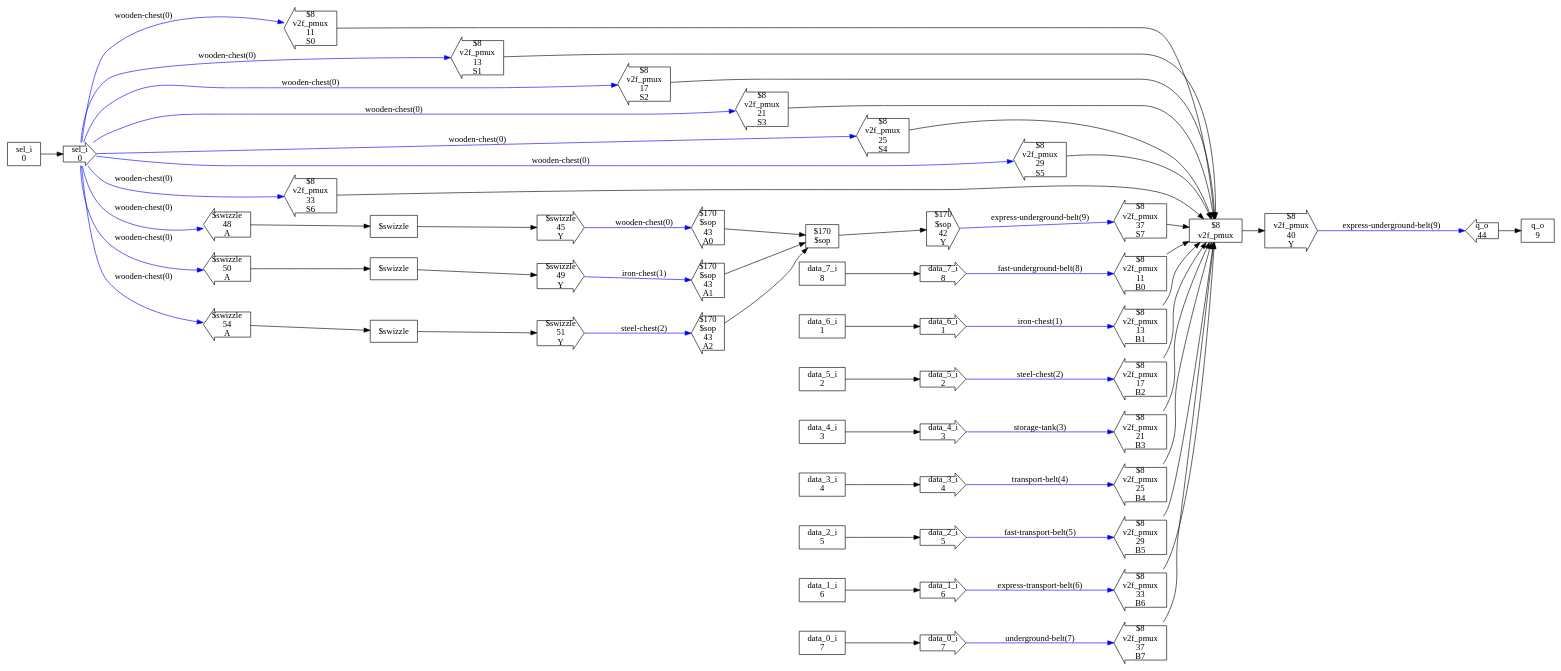
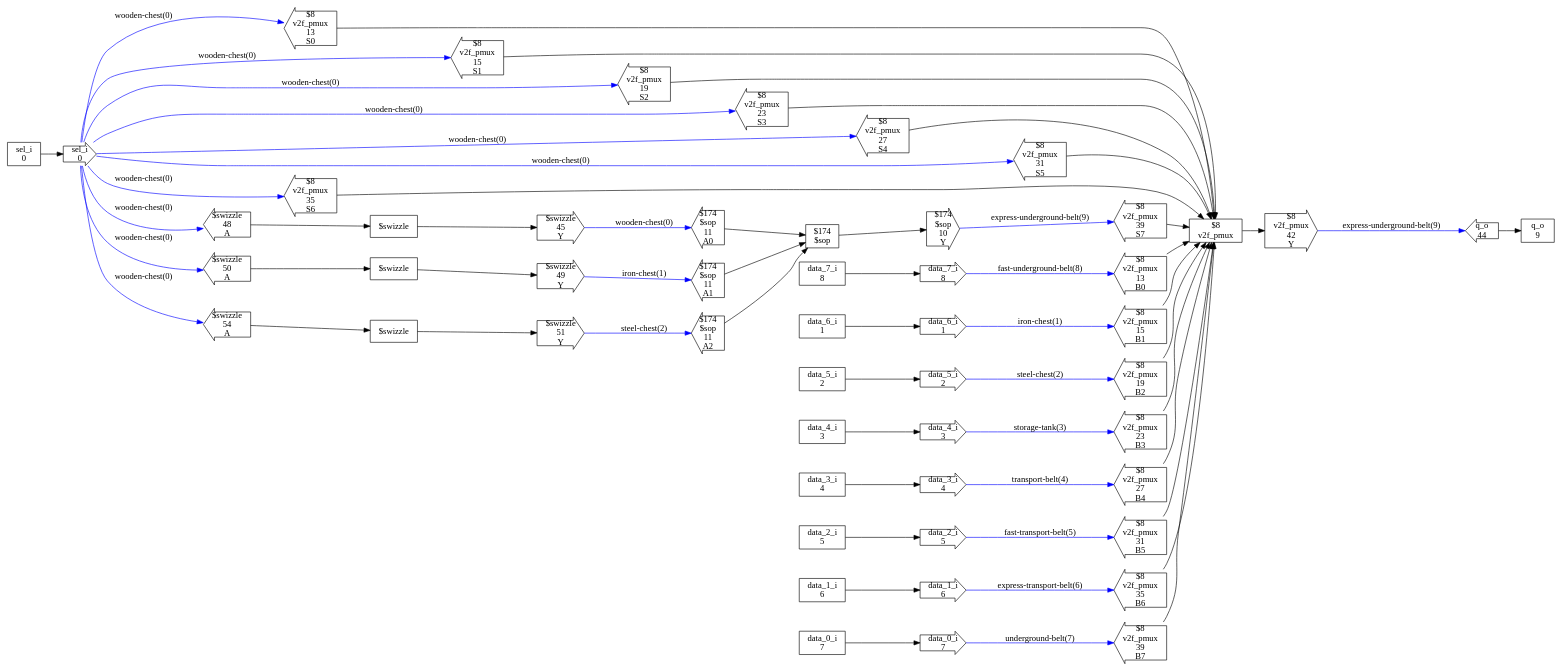
One commit to ben-j-c/verilog2factorio changed the diagram in test_designs/pmux/checked_design.dot. Above: the diagram before and after it, drawn with Graphviz. The commit also changed 41 other files, not shown here.

```diff
--- a/test_designs/pmux/checked_design.dot
+++ b/test_designs/pmux/checked_design.dot
@@ -20,10 +20,10 @@
 8"]
   n9[shape=box,label="q_o
 9"]
-  n13[shape=box,label="$8
+  n12[shape=box,label="$174
+$sop"]
+  n14[shape=box,label="$8
 v2f_pmux"]
-  n14[shape=box,label="$170
-$sop"]
   n19[shape=rarrow,label="sel_i
 0"]
   n20[shape=rarrow,label="data_6_i
@@ -44,109 +44,109 @@
 8"]
   n28[shape=larrow,label="q_o
 44"]
-  n38[shape=larrow,label="$8
-v2f_pmux
+  n35[shape=larrow,label="$174
+$sop
 11
-B0"]
-  n39[shape=larrow,label="$8
+A0"]
+  n36[shape=larrow,label="$174
+$sop
+11
+A1"]
+  n37[shape=larrow,label="$174
+$sop
+11
+A2"]
+  n38[shape=rarrow,label="$174
+$sop
+10
+Y"]
+  n42[shape=larrow,label="$8
 v2f_pmux
 13
-B1"]
-  n40[shape=larrow,label="$8
-v2f_pmux
-17
-B2"]
-  n41[shape=larrow,label="$8
-v2f_pmux
-21
-B3"]
-  n42[shape=larrow,label="$8
-v2f_pmux
-25
-B4"]
+B0"]
   n43[shape=larrow,label="$8
 v2f_pmux
-29
-B5"]
+15
+B1"]
   n44[shape=larrow,label="$8
 v2f_pmux
-33
-B6"]
+19
+B2"]
   n45[shape=larrow,label="$8
 v2f_pmux
-37
-B7"]
+23
+B3"]
   n46[shape=larrow,label="$8
 v2f_pmux
-11
-S0"]
+27
+B4"]
   n47[shape=larrow,label="$8
 v2f_pmux
-13
-S1"]
+31
+B5"]
   n48[shape=larrow,label="$8
 v2f_pmux
-17
-S2"]
+35
+B6"]
   n49[shape=larrow,label="$8
 v2f_pmux
-21
-S3"]
+39
+B7"]
   n50[shape=larrow,label="$8
 v2f_pmux
-25
-S4"]
+13
+S0"]
   n51[shape=larrow,label="$8
 v2f_pmux
-29
-S5"]
+15
+S1"]
   n52[shape=larrow,label="$8
 v2f_pmux
-33
-S6"]
+19
+S2"]
   n53[shape=larrow,label="$8
 v2f_pmux
-37
+23
+S3"]
+  n54[shape=larrow,label="$8
+v2f_pmux
+27
+S4"]
+  n55[shape=larrow,label="$8
+v2f_pmux
+31
+S5"]
+  n56[shape=larrow,label="$8
+v2f_pmux
+35
+S6"]
+  n57[shape=larrow,label="$8
+v2f_pmux
+39
 S7"]
-  n54[shape=rarrow,label="$8
+  n58[shape=rarrow,label="$8
 v2f_pmux
-40
-Y"]
-  n55[shape=larrow,label="$170
-$sop
-43
-A0"]
-  n56[shape=larrow,label="$170
-$sop
-43
-A1"]
-  n57[shape=larrow,label="$170
-$sop
-43
-A2"]
-  n58[shape=rarrow,label="$170
-$sop
 42
 Y"]
-  n77[shape=box,label="$swizzle"]
-  n78[shape=rarrow,label="$swizzle
+  n75[shape=box,label="$swizzle"]
+  n76[shape=rarrow,label="$swizzle
 45
 Y"]
-  n79[shape=larrow,label="$swizzle
+  n77[shape=larrow,label="$swizzle
 48
 A"]
-  n80[shape=box,label="$swizzle"]
-  n81[shape=rarrow,label="$swizzle
+  n78[shape=box,label="$swizzle"]
+  n79[shape=rarrow,label="$swizzle
 49
 Y"]
-  n82[shape=larrow,label="$swizzle
+  n80[shape=larrow,label="$swizzle
 50
 A"]
-  n83[shape=box,label="$swizzle"]
-  n84[shape=rarrow,label="$swizzle
+  n81[shape=box,label="$swizzle"]
+  n82[shape=rarrow,label="$swizzle
 51
 Y"]
-  n85[shape=larrow,label="$swizzle
+  n83[shape=larrow,label="$swizzle
 54
 A"]
   n0 -> n19
@@ -158,55 +158,55 @@
   n6 -> n25
   n7 -> n26
   n8 -> n27
-  n13 -> n54
+  n12 -> n38
   n14 -> n58
-  n19 -> n79 [label="wooden-chest(0)",syle=bold,color=blue]
-  n19 -> n82 [label="wooden-chest(0)",syle=bold,color=blue]
-  n19 -> n85 [label="wooden-chest(0)",syle=bold,color=blue]
-  n19 -> n46 [label="wooden-chest(0)",syle=bold,color=blue]
-  n19 -> n47 [label="wooden-chest(0)",syle=bold,color=blue]
-  n19 -> n48 [label="wooden-chest(0)",syle=bold,color=blue]
-  n19 -> n49 [label="wooden-chest(0)",syle=bold,color=blue]
+  n19 -> n77 [label="wooden-chest(0)",syle=bold,color=blue]
+  n19 -> n80 [label="wooden-chest(0)",syle=bold,color=blue]
+  n19 -> n83 [label="wooden-chest(0)",syle=bold,color=blue]
   n19 -> n50 [label="wooden-chest(0)",syle=bold,color=blue]
   n19 -> n51 [label="wooden-chest(0)",syle=bold,color=blue]
   n19 -> n52 [label="wooden-chest(0)",syle=bold,color=blue]
-  n20 -> n39 [label="iron-chest(1)",syle=bold,color=blue]
-  n21 -> n40 [label="steel-chest(2)",syle=bold,color=blue]
-  n22 -> n41 [label="storage-tank(3)",syle=bold,color=blue]
-  n23 -> n42 [label="transport-belt(4)",syle=bold,color=blue]
-  n24 -> n43 [label="fast-transport-belt(5)",syle=bold,color=blue]
-  n25 -> n44 [label="express-transport-belt(6)",syle=bold,color=blue]
-  n26 -> n45 [label="underground-belt(7)",syle=bold,color=blue]
-  n27 -> n38 [label="fast-underground-belt(8)",syle=bold,color=blue]
+  n19 -> n53 [label="wooden-chest(0)",syle=bold,color=blue]
+  n19 -> n54 [label="wooden-chest(0)",syle=bold,color=blue]
+  n19 -> n55 [label="wooden-chest(0)",syle=bold,color=blue]
+  n19 -> n56 [label="wooden-chest(0)",syle=bold,color=blue]
+  n20 -> n43 [label="iron-chest(1)",syle=bold,color=blue]
+  n21 -> n44 [label="steel-chest(2)",syle=bold,color=blue]
+  n22 -> n45 [label="storage-tank(3)",syle=bold,color=blue]
+  n23 -> n46 [label="transport-belt(4)",syle=bold,color=blue]
+  n24 -> n47 [label="fast-transport-belt(5)",syle=bold,color=blue]
+  n25 -> n48 [label="express-transport-belt(6)",syle=bold,color=blue]
+  n26 -> n49 [label="underground-belt(7)",syle=bold,color=blue]
+  n27 -> n42 [label="fast-underground-belt(8)",syle=bold,color=blue]
   n28 -> n9
-  n38 -> n13
-  n39 -> n13
-  n40 -> n13
-  n41 -> n13
-  n42 -> n13
-  n43 -> n13
-  n44 -> n13
-  n45 -> n13
-  n46 -> n13
-  n47 -> n13
-  n48 -> n13
-  n49 -> n13
-  n50 -> n13
-  n51 -> n13
-  n52 -> n13
-  n53 -> n13
-  n54 -> n28 [label="express-underground-belt(9)",syle=bold,color=blue]
+  n35 -> n12
+  n36 -> n12
+  n37 -> n12
+  n38 -> n57 [label="express-underground-belt(9)",syle=bold,color=blue]
+  n42 -> n14
+  n43 -> n14
+  n44 -> n14
+  n45 -> n14
+  n46 -> n14
+  n47 -> n14
+  n48 -> n14
+  n49 -> n14
+  n50 -> n14
+  n51 -> n14
+  n52 -> n14
+  n53 -> n14
+  n54 -> n14
   n55 -> n14
   n56 -> n14
   n57 -> n14
-  n58 -> n53 [label="express-underground-belt(9)",syle=bold,color=blue]
-  n77 -> n78
-  n78 -> n55 [label="wooden-chest(0)",syle=bold,color=blue]
-  n79 -> n77
-  n80 -> n81
-  n81 -> n56 [label="iron-chest(1)",syle=bold,color=blue]
-  n82 -> n80
-  n83 -> n84
-  n84 -> n57 [label="steel-chest(2)",syle=bold,color=blue]
-  n85 -> n83
+  n58 -> n28 [label="express-underground-belt(9)",syle=bold,color=blue]
+  n75 -> n76
+  n76 -> n35 [label="wooden-chest(0)",syle=bold,color=blue]
+  n77 -> n75
+  n78 -> n79
+  n79 -> n36 [label="iron-chest(1)",syle=bold,color=blue]
+  n80 -> n78
+  n81 -> n82
+  n82 -> n37 [label="steel-chest(2)",syle=bold,color=blue]
+  n83 -> n81
 }
```
